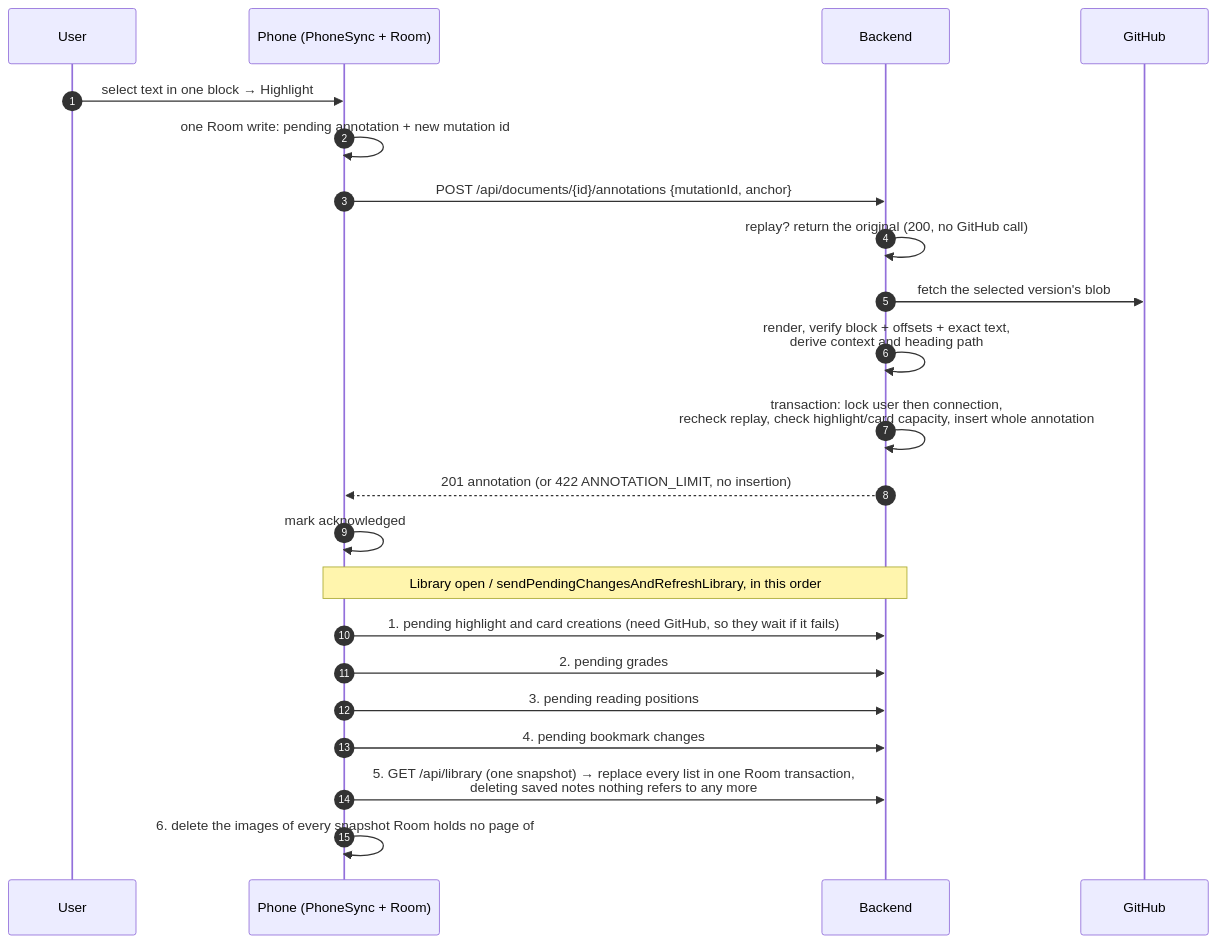
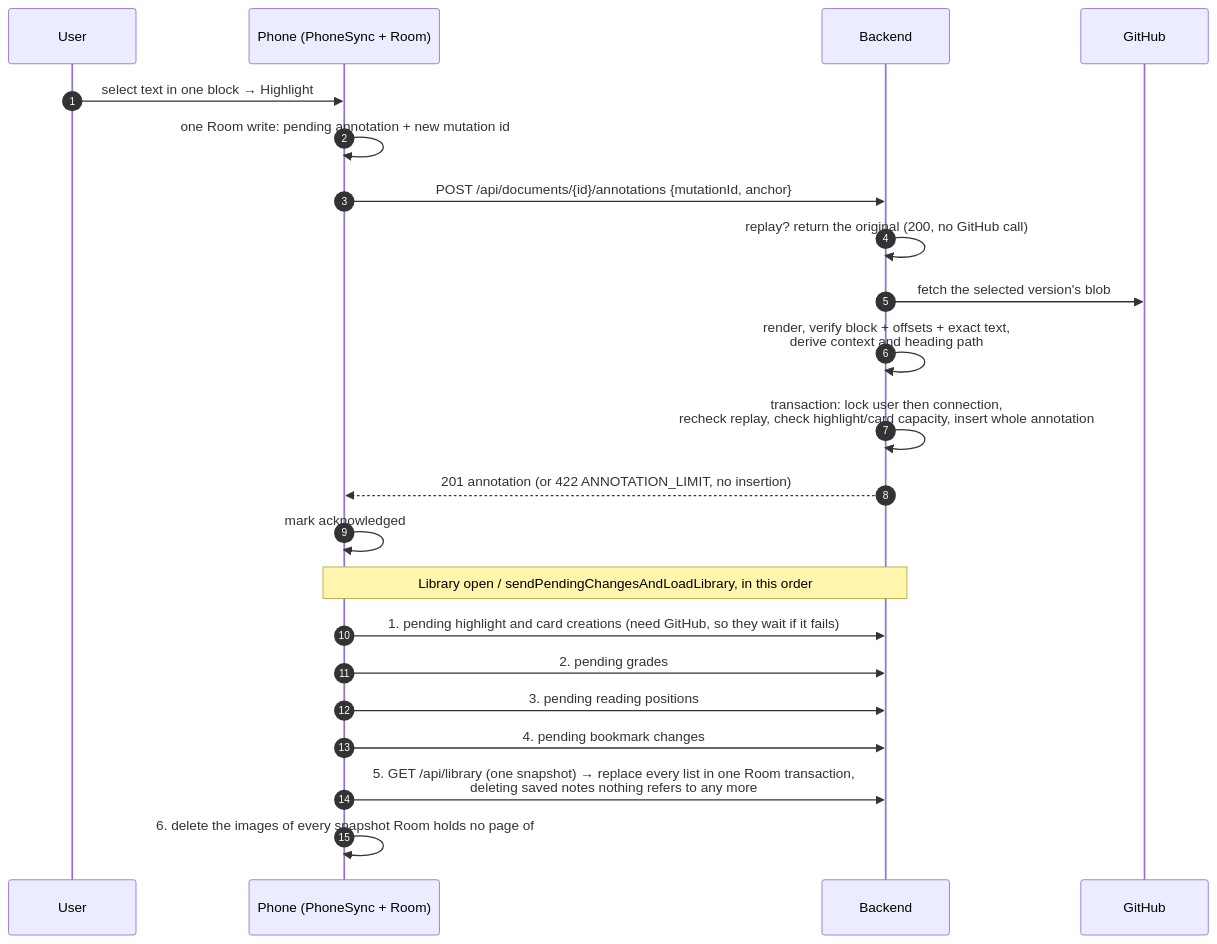
Before and after one commit to jaxwong/reporead: the tenth of 13 diagrams in docs/architecture.md, drawn with Mermaid. The commit also changed 4 other files, not shown here.

````diff
--- a/docs/architecture.md
+++ b/docs/architecture.md
@@ -625,26 +625,26 @@
 ```mermaid
 sequenceDiagram
     autonumber
     participant U as User
     participant P as Phone (PhoneSync + Room)
     participant API as Backend
     participant GH as GitHub
 
     U->>P: select text in one block → Highlight
     P->>P: one Room write: pending annotation + new mutation id
     P->>API: POST /api/documents/{id}/annotations {mutationId, anchor}
     API->>API: replay? return the original (200, no GitHub call)
     API->>GH: fetch the selected version's blob
     API->>API: render, verify block + offsets + exact text,<br/>derive context and heading path
     API->>API: transaction: lock user then connection,<br/>recheck replay, check highlight/card capacity, insert whole annotation
     API-->>P: 201 annotation (or 422 ANNOTATION_LIMIT, no insertion)
     P->>P: mark acknowledged
 
-    Note over P,API: Library open / sendPendingChangesAndRefreshLibrary, in this order
+    Note over P,API: Library open / sendPendingChangesAndLoadLibrary, in this order
     P->>API: 1. pending highlight and card creations (need GitHub, so they wait if it fails)
     P->>API: 2. pending grades
     P->>API: 3. pending reading positions
     P->>API: 4. pending bookmark changes
     P->>API: 5. GET /api/library (one snapshot) → replace every list in one Room transaction,<br/>deleting saved notes nothing refers to any more
     P->>P: 6. delete the images of every snapshot Room holds no page of
 ```
````
